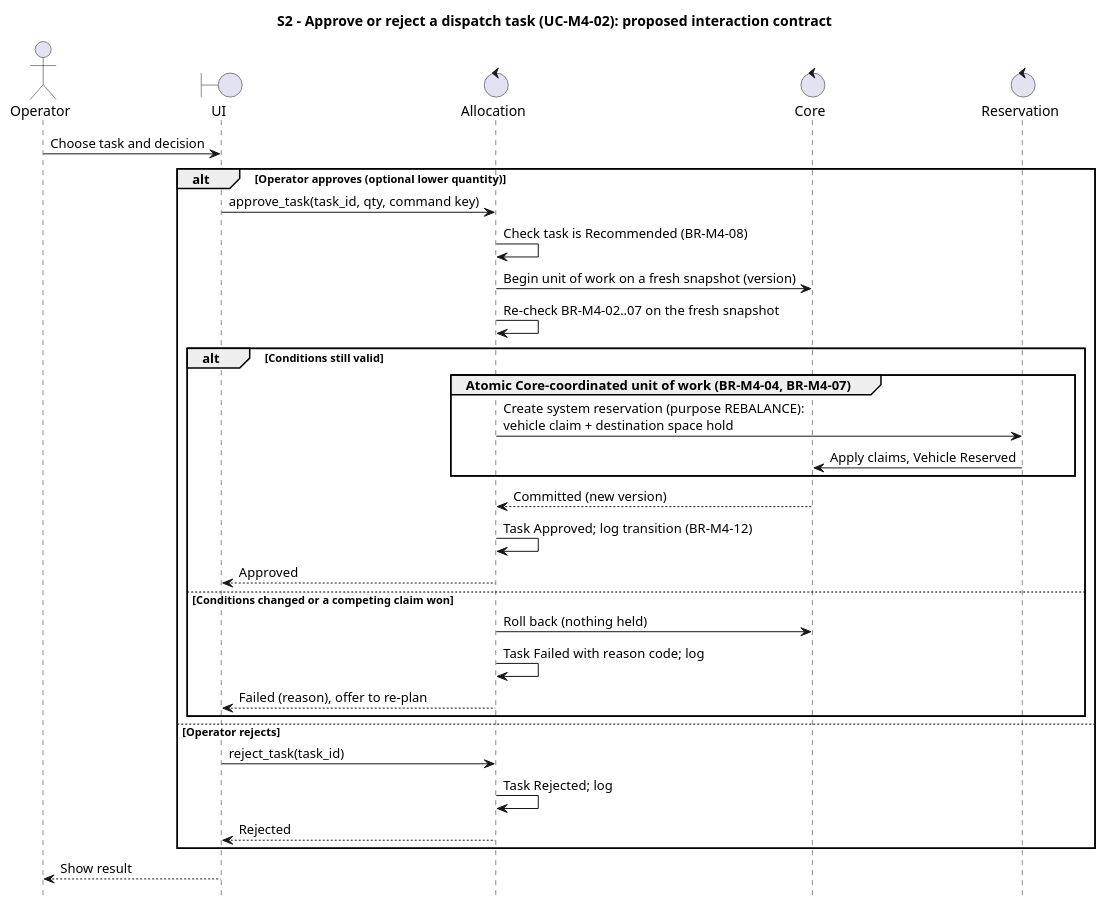
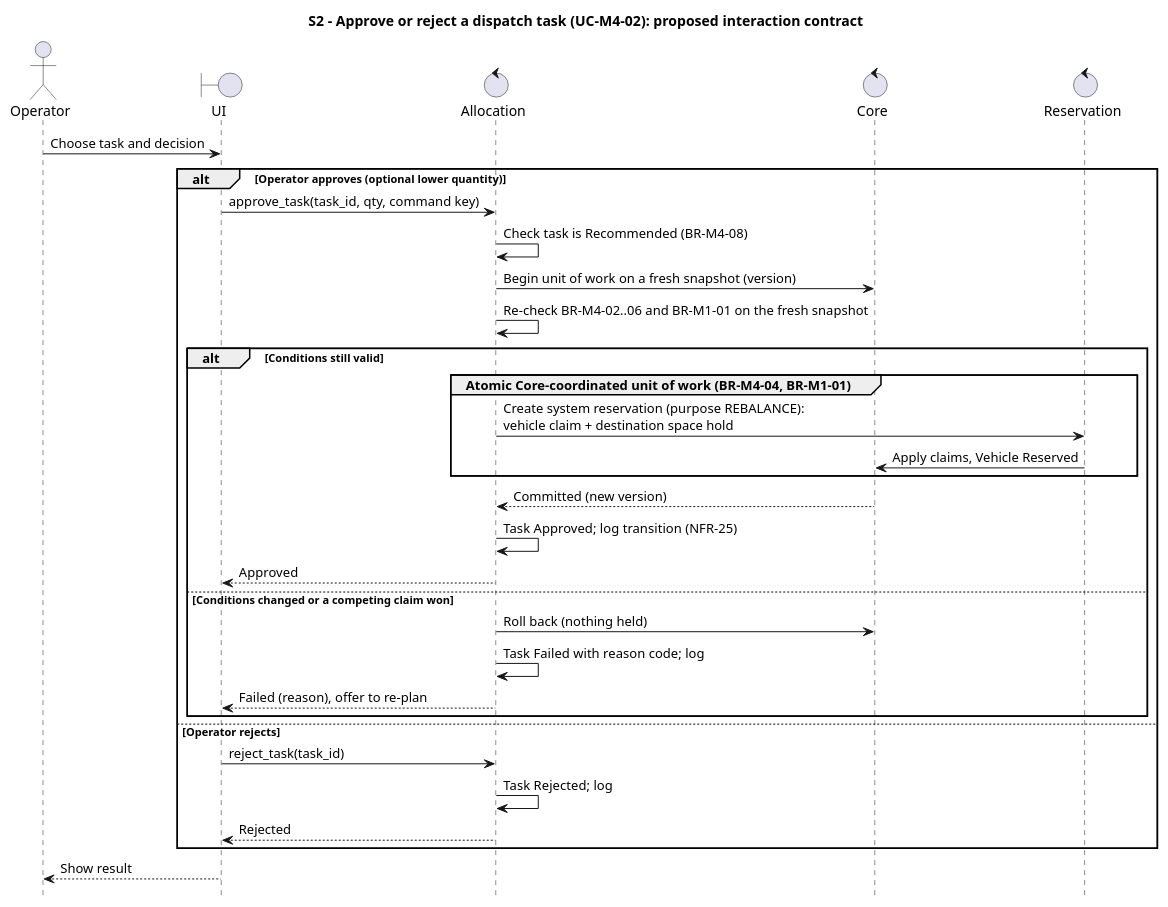
The diagram in docs/design/behavioral/allocation-diagrams/s2-approve.puml (MabC06/smart-e-mobility-hub), drawn with PlantUML before and after one commit. The commit also changed 13 other files, not shown here.

```diff
--- a/docs/design/behavioral/allocation-diagrams/s2-approve.puml
+++ b/docs/design/behavioral/allocation-diagrams/s2-approve.puml
@@ -1,36 +1,36 @@
 @startuml
 title S2 - Approve or reject a dispatch task (UC-M4-02): proposed interaction contract
 skinparam shadowing false
 skinparam defaultFontName Arial
 hide footbox
 actor Operator
 boundary UI
 control Allocation
 control Core
 control Reservation
 Operator -> UI: Choose task and decision
 alt Operator approves (optional lower quantity)
   UI -> Allocation: approve_task(task_id, qty, command key)
   Allocation -> Allocation: Check task is Recommended (BR-M4-08)
   Allocation -> Core: Begin unit of work on a fresh snapshot (version)
-  Allocation -> Allocation: Re-check BR-M4-02..07 on the fresh snapshot
+  Allocation -> Allocation: Re-check BR-M4-02..06 and BR-M1-01 on the fresh snapshot
   alt Conditions still valid
-    group Atomic Core-coordinated unit of work (BR-M4-04, BR-M4-07)
+    group Atomic Core-coordinated unit of work (BR-M4-04, BR-M1-01)
       Allocation -> Reservation: Create system reservation (purpose REBALANCE):\nvehicle claim + destination space hold
       Reservation -> Core: Apply claims, Vehicle Reserved
     end
     Core --> Allocation: Committed (new version)
-    Allocation -> Allocation: Task Approved; log transition (BR-M4-12)
+    Allocation -> Allocation: Task Approved; log transition (NFR-25)
     Allocation --> UI: Approved
   else Conditions changed or a competing claim won
     Allocation -> Core: Roll back (nothing held)
     Allocation -> Allocation: Task Failed with reason code; log
     Allocation --> UI: Failed (reason), offer to re-plan
   end
 else Operator rejects
   UI -> Allocation: reject_task(task_id)
   Allocation -> Allocation: Task Rejected; log
   Allocation --> UI: Rejected
 end
 UI --> Operator: Show result
 @enduml
```
